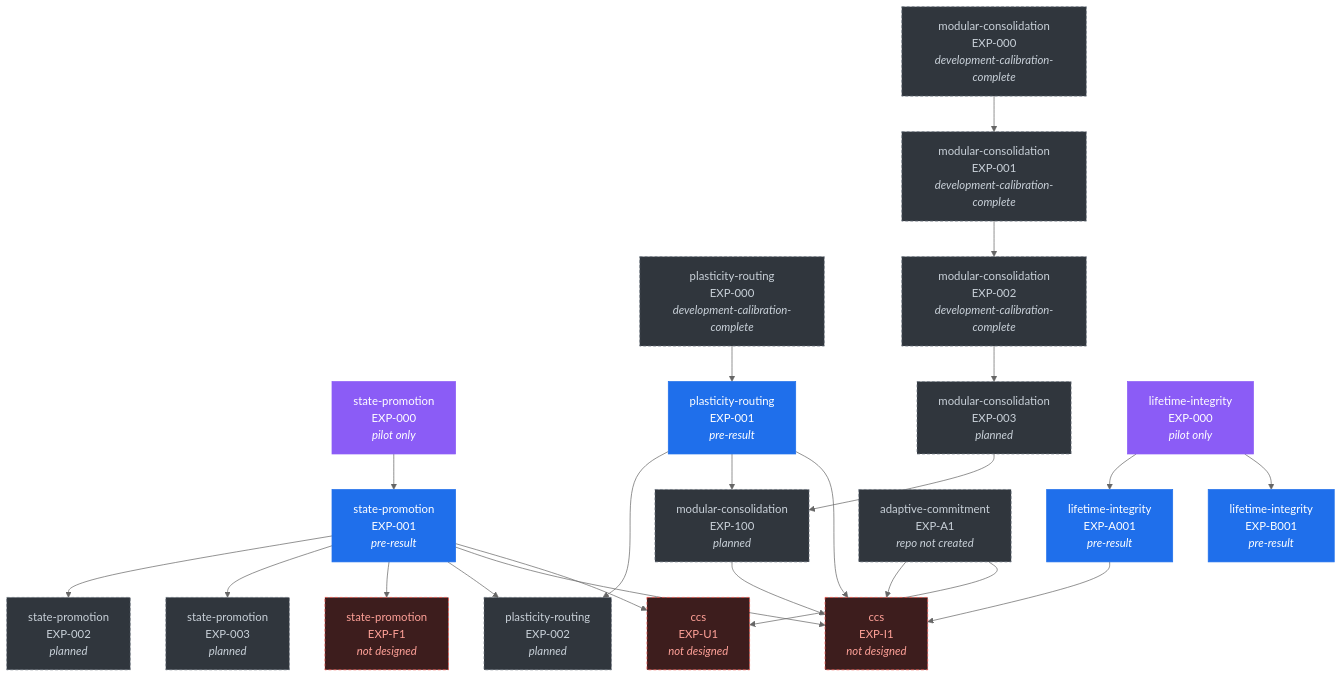
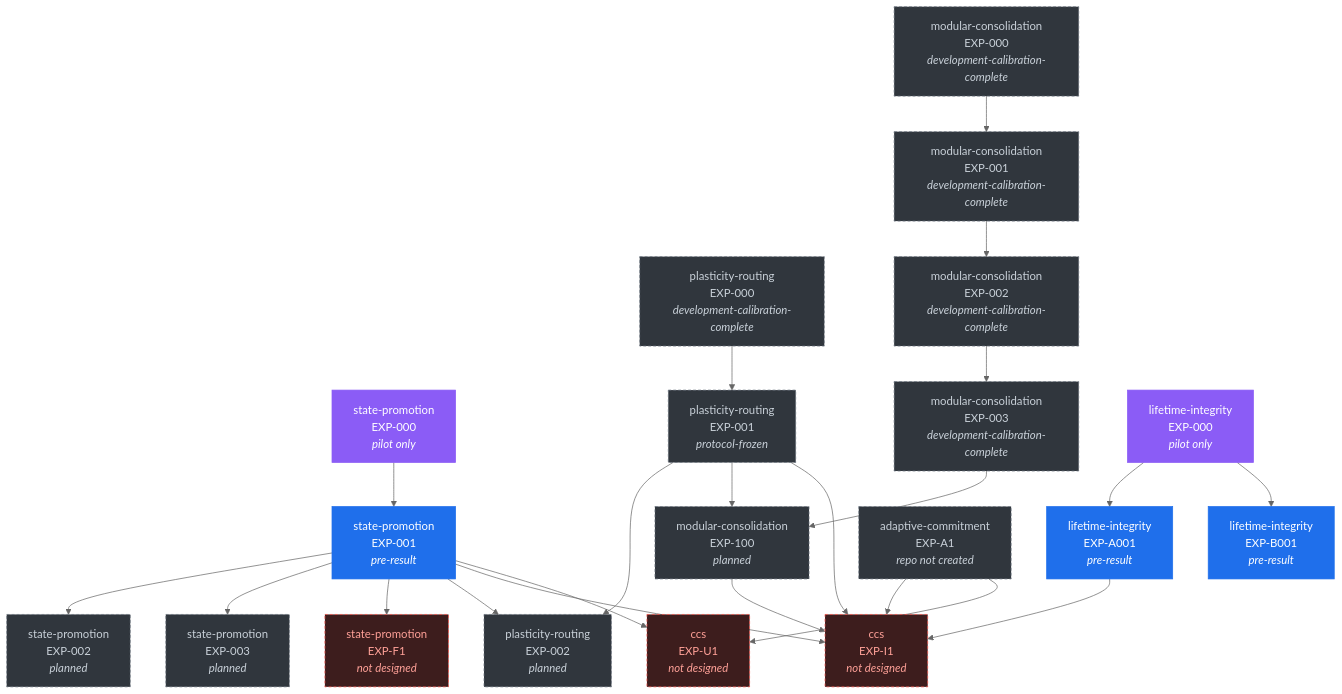
The diagram in docs/DEPENDENCY-DAG.md (in-c0/consolidating-cognitive-substrate), drawn with Mermaid (neutral theme) before and after one commit. The commit also changed other lines of this file and 9 other files, not shown here.

First line of the commit message:
Evidence-aware reconciliation: protocol freeze, EXP-003 readout, no promotions

````diff
--- a/docs/DEPENDENCY-DAG.md
+++ b/docs/DEPENDENCY-DAG.md
@@ -14,68 +14,68 @@
 ```mermaid
 graph TD
   state_promotion_EXP_000["state-promotion<br/>EXP-000<br/><i>pilot only</i>"]
   class state_promotion_EXP_000 pilot;
   state_promotion_EXP_001["state-promotion<br/>EXP-001<br/><i>pre-result</i>"]
   class state_promotion_EXP_001 active;
   state_promotion_EXP_002["state-promotion<br/>EXP-002<br/><i>planned</i>"]
   class state_promotion_EXP_002 planned;
   state_promotion_EXP_003["state-promotion<br/>EXP-003<br/><i>planned</i>"]
   class state_promotion_EXP_003 planned;
   state_promotion_EXP_F1["state-promotion<br/>EXP-F1<br/><i>not designed</i>"]
   class state_promotion_EXP_F1 undesigned;
   plasticity_routing_EXP_000["plasticity-routing<br/>EXP-000<br/><i>development-calibration-complete</i>"]
   class plasticity_routing_EXP_000 planned;
-  plasticity_routing_EXP_001["plasticity-routing<br/>EXP-001<br/><i>pre-result</i>"]
-  class plasticity_routing_EXP_001 active;
+  plasticity_routing_EXP_001["plasticity-routing<br/>EXP-001<br/><i>protocol-frozen</i>"]
+  class plasticity_routing_EXP_001 planned;
   plasticity_routing_EXP_002["plasticity-routing<br/>EXP-002<br/><i>planned</i>"]
   class plasticity_routing_EXP_002 planned;
   modular_consolidation_EXP_000["modular-consolidation<br/>EXP-000<br/><i>development-calibration-complete</i>"]
   class modular_consolidation_EXP_000 planned;
   modular_consolidation_EXP_001["modular-consolidation<br/>EXP-001<br/><i>development-calibration-complete</i>"]
   class modular_consolidation_EXP_001 planned;
   modular_consolidation_EXP_002["modular-consolidation<br/>EXP-002<br/><i>development-calibration-complete</i>"]
   class modular_consolidation_EXP_002 planned;
-  modular_consolidation_EXP_003["modular-consolidation<br/>EXP-003<br/><i>planned</i>"]
+  modular_consolidation_EXP_003["modular-consolidation<br/>EXP-003<br/><i>development-calibration-complete</i>"]
   class modular_consolidation_EXP_003 planned;
   modular_consolidation_EXP_100["modular-consolidation<br/>EXP-100<br/><i>planned</i>"]
   class modular_consolidation_EXP_100 planned;
   lifetime_integrity_EXP_000["lifetime-integrity<br/>EXP-000<br/><i>pilot only</i>"]
   class lifetime_integrity_EXP_000 pilot;
   lifetime_integrity_EXP_A001["lifetime-integrity<br/>EXP-A001<br/><i>pre-result</i>"]
   class lifetime_integrity_EXP_A001 active;
   lifetime_integrity_EXP_B001["lifetime-integrity<br/>EXP-B001<br/><i>pre-result</i>"]
   class lifetime_integrity_EXP_B001 active;
   ccs_EXP_I1["ccs<br/>EXP-I1<br/><i>not designed</i>"]
   class ccs_EXP_I1 undesigned;
   adaptive_commitment_EXP_A1["adaptive-commitment<br/>EXP-A1<br/><i>repo not created</i>"]
   class adaptive_commitment_EXP_A1 planned;
   ccs_EXP_U1["ccs<br/>EXP-U1<br/><i>not designed</i>"]
   class ccs_EXP_U1 undesigned;
 
   state_promotion_EXP_000 --> state_promotion_EXP_001
   state_promotion_EXP_001 --> state_promotion_EXP_002
   state_promotion_EXP_001 --> state_promotion_EXP_003
   state_promotion_EXP_001 --> state_promotion_EXP_F1
   plasticity_routing_EXP_000 --> plasticity_routing_EXP_001
   plasticity_routing_EXP_001 --> plasticity_routing_EXP_002
   state_promotion_EXP_001 --> plasticity_routing_EXP_002
   modular_consolidation_EXP_000 --> modular_consolidation_EXP_001
   modular_consolidation_EXP_001 --> modular_consolidation_EXP_002
   modular_consolidation_EXP_002 --> modular_consolidation_EXP_003
   modular_consolidation_EXP_003 --> modular_consolidation_EXP_100
   plasticity_routing_EXP_001 --> modular_consolidation_EXP_100
   lifetime_integrity_EXP_000 --> lifetime_integrity_EXP_A001
   lifetime_integrity_EXP_000 --> lifetime_integrity_EXP_B001
   state_promotion_EXP_001 --> ccs_EXP_I1
   plasticity_routing_EXP_001 --> ccs_EXP_I1
   adaptive_commitment_EXP_A1 --> ccs_EXP_I1
   modular_consolidation_EXP_100 --> ccs_EXP_I1
   lifetime_integrity_EXP_A001 --> ccs_EXP_I1
   state_promotion_EXP_001 --> ccs_EXP_U1
   adaptive_commitment_EXP_A1 --> ccs_EXP_U1
 
   classDef active fill:#1f6feb,stroke:#1f6feb,color:#fff;
   classDef pilot fill:#8b5cf6,stroke:#8b5cf6,color:#fff;
   classDef planned fill:#30363d,stroke:#6e7681,color:#c9d1d9,stroke-dasharray:4 3;
   classDef undesigned fill:#3d1d1d,stroke:#f85149,color:#ffa198,stroke-dasharray:4 3;
 ```
````
